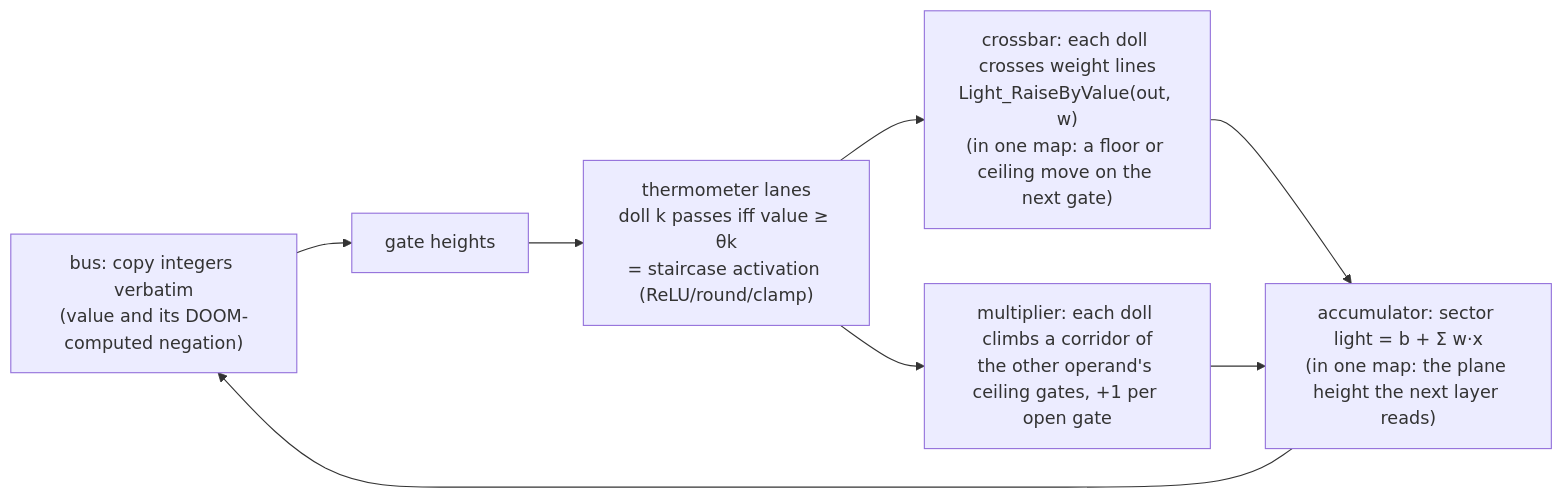
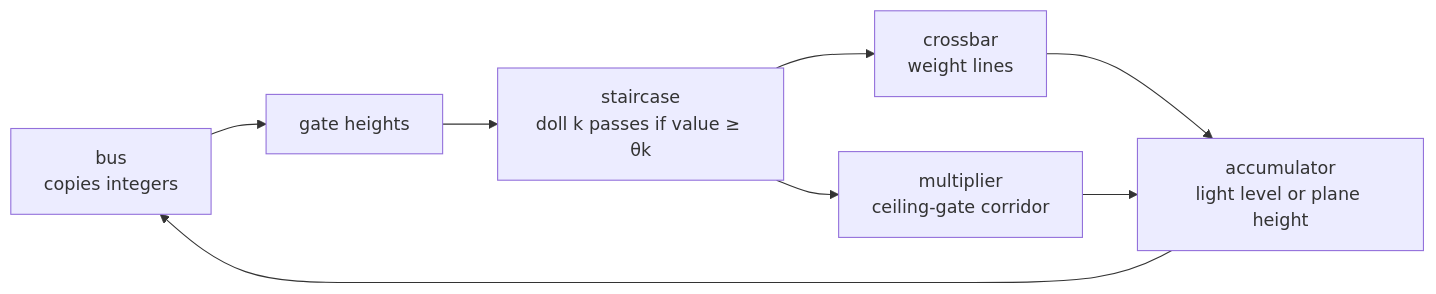
The first of 2 diagrams in docs/HOW_IT_WORKS.md (mottopanikeiku/doomformer), drawn with Mermaid before and after one commit. The commit also changed other lines of this file and 38 other files, not shown here.

````diff
--- a/docs/HOW_IT_WORKS.md
+++ b/docs/HOW_IT_WORKS.md
@@ -20,10 +32,10 @@
 ```mermaid
 flowchart LR
-  BUS["bus: copy integers verbatim<br/>(value and its DOOM-computed negation)"] --> GATE["gate heights"]
-  GATE --> ADC["thermometer lanes<br/>doll k passes iff value ≥ θk<br/>= staircase activation (ReLU/round/clamp)"]
-  ADC --> XBAR["crossbar: each doll crosses weight lines<br/>Light_RaiseByValue(out, w)<br/>(in one map: a floor or ceiling move on the next gate)"]
-  ADC --> MUL["multiplier: each doll climbs a corridor of<br/>the other operand's ceiling gates, +1 per open gate"]
-  XBAR --> ACC["accumulator: sector light = b + Σ w·x<br/>(in one map: the plane height the next layer reads)"]
+  BUS["bus<br/>copies integers"] --> GATE["gate heights"]
+  GATE --> ADC["staircase<br/>doll k passes if value ≥ θk"]
+  ADC --> XBAR["crossbar<br/>weight lines"]
+  ADC --> MUL["multiplier<br/>ceiling-gate corridor"]
+  XBAR --> ACC["accumulator<br/>light level or plane height"]
   MUL --> ACC
   ACC --> BUS
 ```
````
